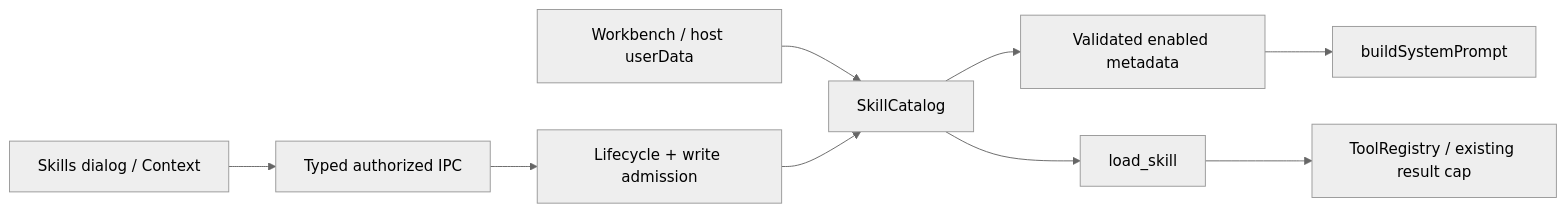
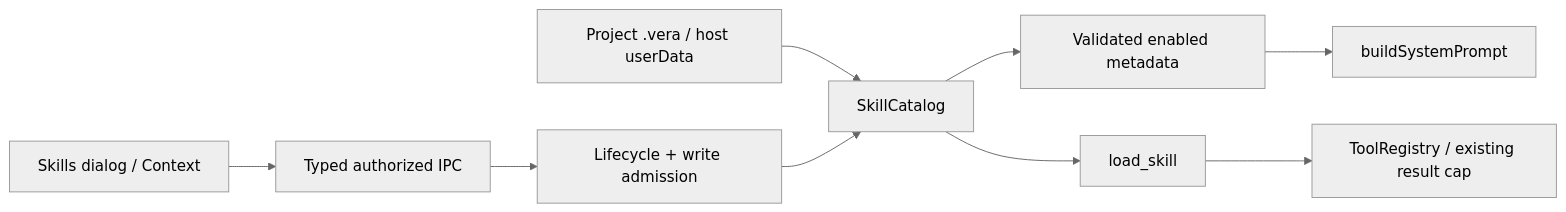
One commit to DDP-Engineering/2026_Virtual_Embedded_Rig_Assistant changed the diagram in .agentic/knowledge/skills.md. Above: the diagram before and after it, drawn with Mermaid (neutral theme). The commit also changed other lines of this file and 834 other files, not shown here.

First line of the commit message:
Centralize project metadata in .vera and record software layout cleanup

````diff
--- a/.agentic/knowledge/skills.md
+++ b/.agentic/knowledge/skills.md
@@ -72,11 +74,11 @@
 ```mermaid
 flowchart LR
- Roots[Workbench / host userData] --> Catalog[SkillCatalog]
+ Roots[Project .vera / host userData] --> Catalog[SkillCatalog]
  Catalog --> Metadata[Validated enabled metadata]
  Metadata --> Prompt[buildSystemPrompt]
  Catalog --> Loader[load_skill]
  Loader --> Registry[ToolRegistry / existing result cap]
  UI[Skills dialog / Context] --> IPC[Typed authorized IPC]
  IPC --> Workbench[Lifecycle + write admission]
  Workbench --> Catalog
 ```
````
